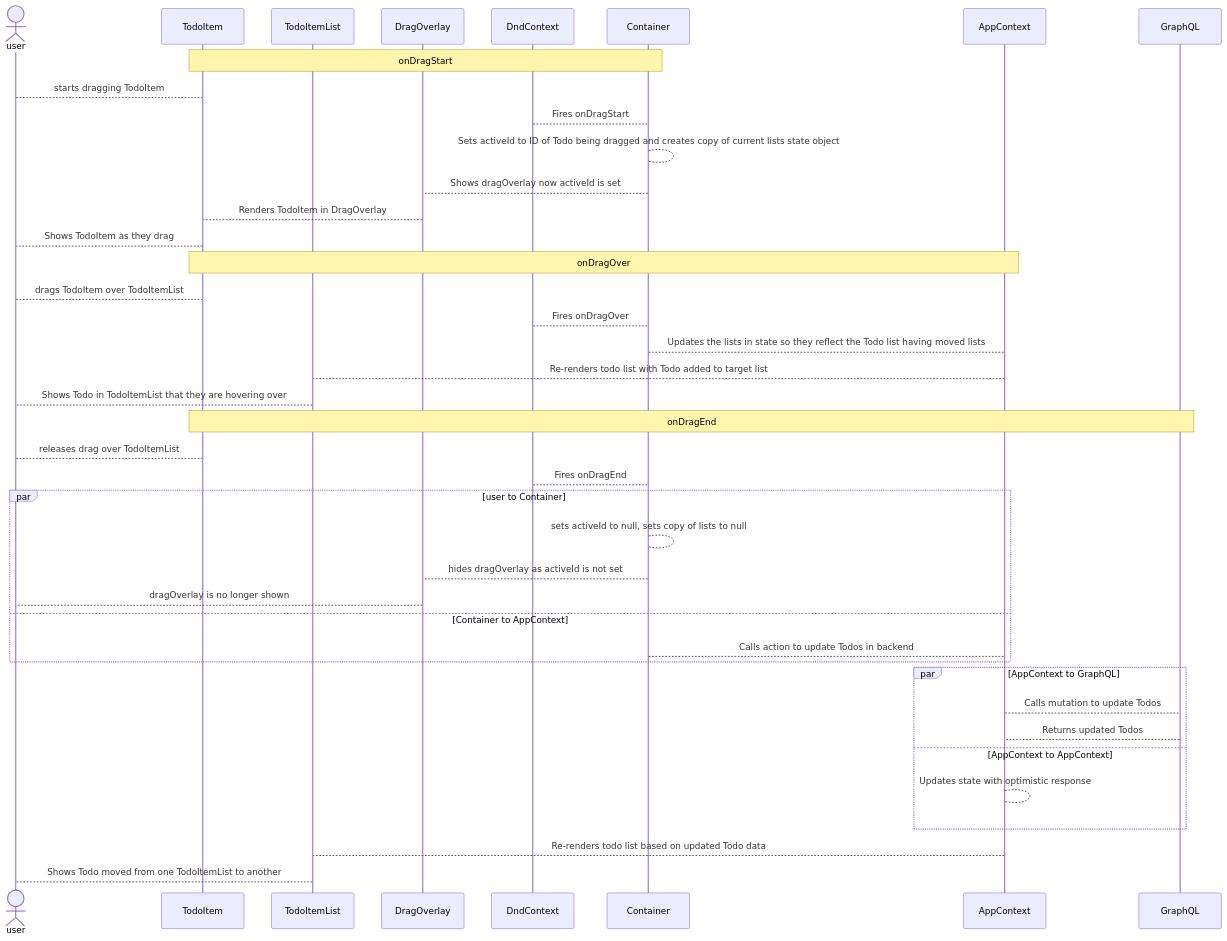
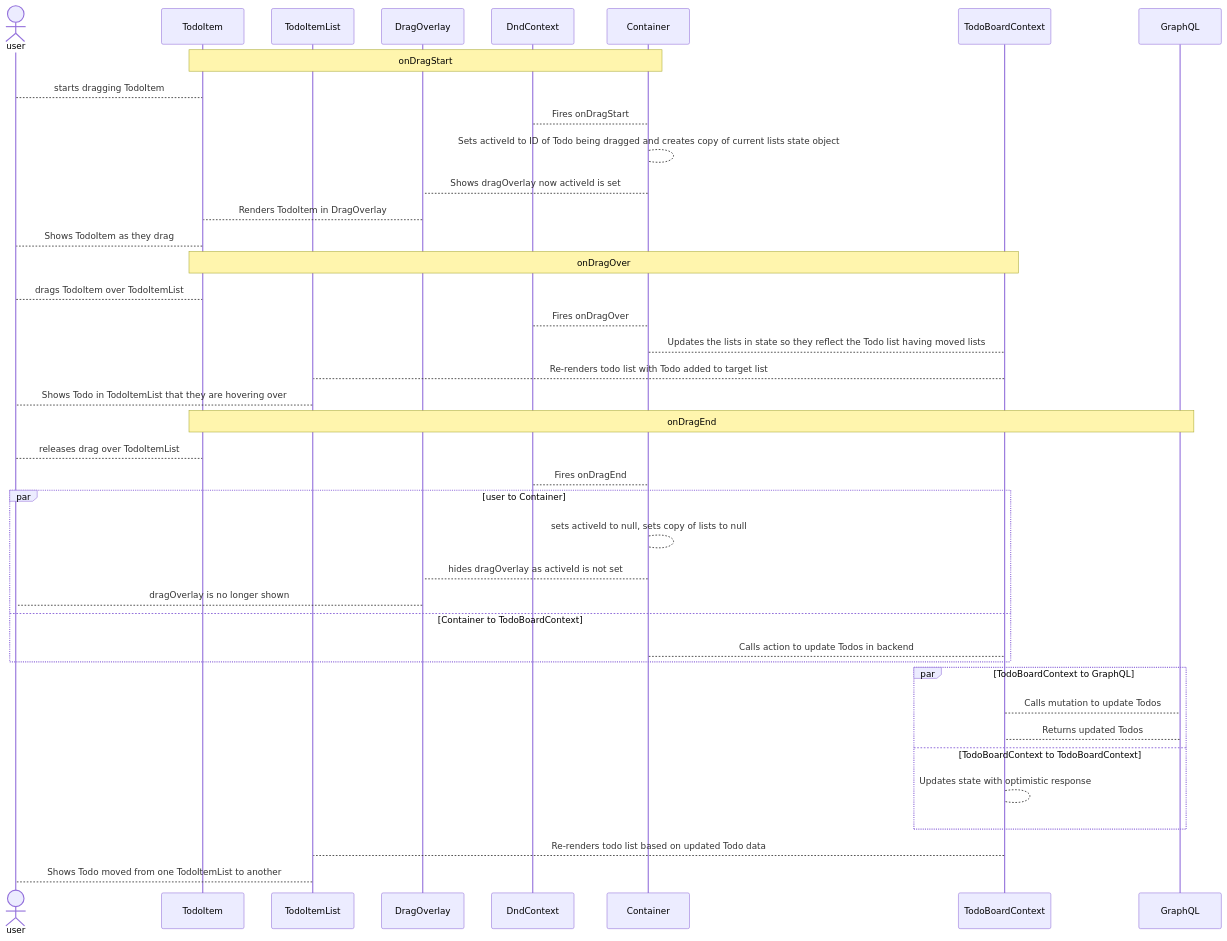
The second of 3 diagrams in docs/adr/0003-use-dnd-kit-for-drag-and-drop-in-front-end.md (colinfwren/atomic-todo), drawn with Mermaid before and after one commit. The commit also changed other lines of this file and 11 other files, not shown here.

Commit message:
Renaming AppContext to TodoBoardContext so can have different contexts for different needs

````diff
--- a/docs/adr/0003-use-dnd-kit-for-drag-and-drop-in-front-end.md
+++ b/docs/adr/0003-use-dnd-kit-for-drag-and-drop-in-front-end.md
@@ -131,45 +131,45 @@
 ```mermaid
 sequenceDiagram
     actor user
     participant TodoItem
     participant TodoItemList
     participant DragOverlay
     participant DndContext
     participant Container
-    participant AppContext
+    participant TodoBoardContext
     participant GraphQL
     
     note over TodoItem,Container: onDragStart
     user-->TodoItem: starts dragging TodoItem
     DndContext-->Container: Fires onDragStart
     Container-->Container: Sets activeId to ID of Todo being dragged and creates copy of current lists state object
     Container-->DragOverlay: Shows dragOverlay now activeId is set
     DragOverlay-->TodoItem: Renders TodoItem in DragOverlay
     TodoItem-->user: Shows TodoItem as they drag
     
-    note over TodoItem,AppContext: onDragOver
+    note over TodoItem,TodoBoardContext: onDragOver
     user-->TodoItem: drags TodoItem over TodoItemList
     DndContext-->Container: Fires onDragOver
-    Container-->AppContext: Updates the lists in state so they reflect the Todo list having moved lists
-    AppContext-->TodoItemList: Re-renders todo list with Todo added to target list
+    Container-->TodoBoardContext: Updates the lists in state so they reflect the Todo list having moved lists
+    TodoBoardContext-->TodoItemList: Re-renders todo list with Todo added to target list
     TodoItemList-->user: Shows Todo in TodoItemList that they are hovering over
     
     note over TodoItem,GraphQL: onDragEnd
     user-->TodoItem: releases drag over TodoItemList
     DndContext-->Container: Fires onDragEnd
     par user to Container
         Container-->Container: sets activeId to null, sets copy of lists to null
         Container-->DragOverlay: hides dragOverlay as activeId is not set
         DragOverlay-->user: dragOverlay is no longer shown
-    and Container to AppContext
-        Container-->AppContext: Calls action to update Todos in backend
+    and Container to TodoBoardContext
+        Container-->TodoBoardContext: Calls action to update Todos in backend
     end
-    par AppContext to GraphQL
-        AppContext-->GraphQL: Calls mutation to update Todos
-        GraphQL-->AppContext: Returns updated Todos
-    and AppContext to AppContext
-    AppContext-->AppContext: Updates state with optimistic response
+    par TodoBoardContext to GraphQL
+        TodoBoardContext-->GraphQL: Calls mutation to update Todos
+        GraphQL-->TodoBoardContext: Returns updated Todos
+    and TodoBoardContext to TodoBoardContext
+    TodoBoardContext-->TodoBoardContext: Updates state with optimistic response
     end
-    AppContext-->TodoItemList: Re-renders todo list based on updated Todo data
+    TodoBoardContext-->TodoItemList: Re-renders todo list based on updated Todo data
     TodoItemList-->user: Shows Todo moved from one TodoItemList to another
 ```
````
